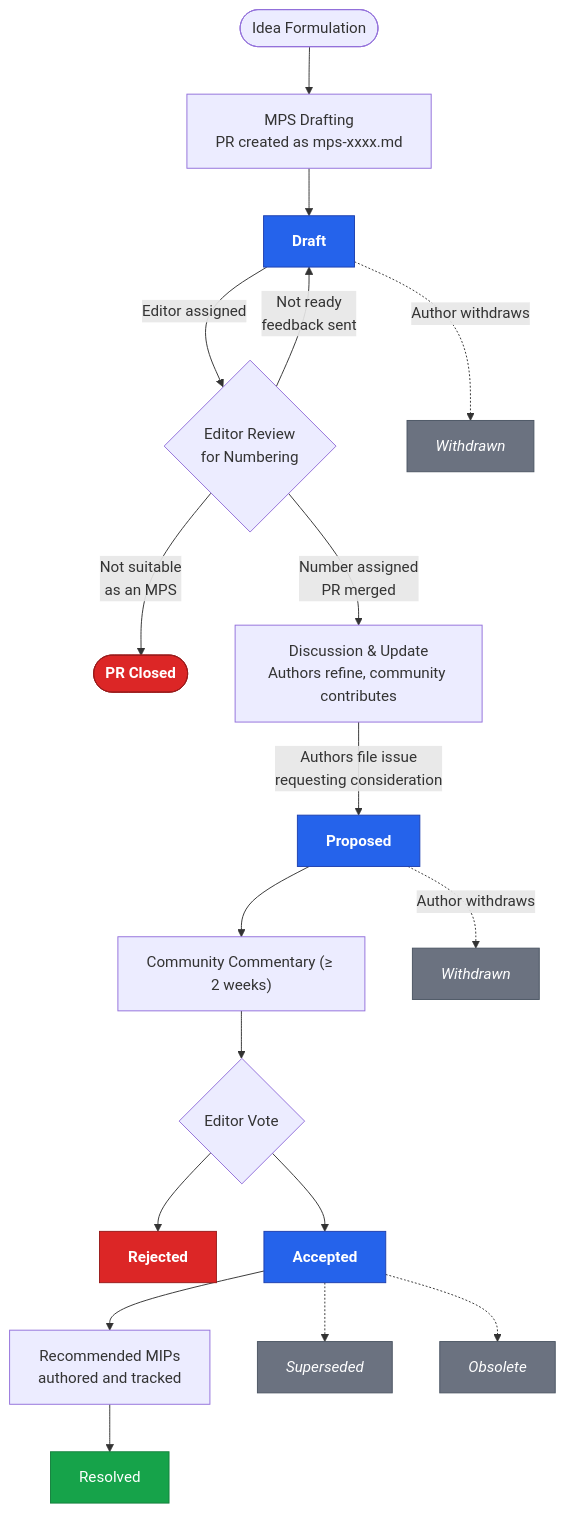
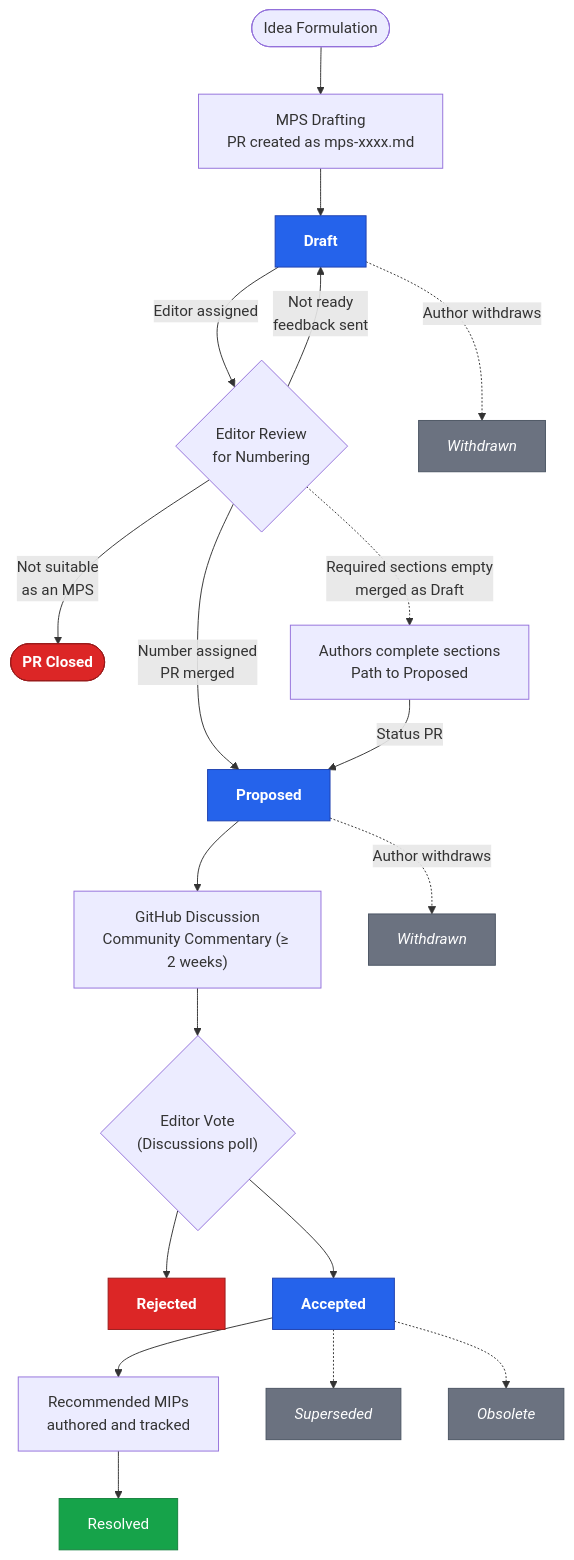
The diagram in mps/mps-0001-mps-process.md (midnightntwrk/midnight-improvement-proposals), drawn with Mermaid before and after one commit. The commit also changed other lines of this file, not shown here.

Commit message:
MPS-0001: align process with practice, set Proposed

````diff
--- a/mps/mps-0001-mps-process.md
+++ b/mps/mps-0001-mps-process.md
@@ -63,37 +63,38 @@
 ```mermaid
 flowchart TD
     %% Process steps
     A([Idea Formulation]) --> B[MPS Drafting<br/>PR created as mps-xxxx.md]
     B --> Draft
 
     %% Status: Draft
     Draft[Draft]:::status -->|Editor assigned| C{Editor Review<br/>for Numbering}
     C -->|Not ready<br/>feedback sent| Draft
     C -->|Not suitable<br/>as an MPS| Closed([PR Closed]):::rejected
-    C -->|Number assigned<br/>PR merged| D[Discussion & Update<br/>Authors refine, community contributes]
-    D -->|Authors file issue<br/>requesting consideration| Proposed
+    C -->|Number assigned<br/>PR merged| Proposed
+    C -.->|Required sections empty<br/>merged as Draft| D[Authors complete sections<br/>Path to Proposed]
+    D -->|Status PR| Proposed
 
     %% Status: Proposed
-    Proposed[Proposed]:::status --> E["Community Commentary (≥ 2 weeks)"]
-    E --> F{Editor Vote}
+    Proposed[Proposed]:::status --> E["GitHub Discussion<br/>Community Commentary (≥ 2 weeks)"]
+    E --> F{"Editor Vote<br/>(Discussions poll)"}
     F --> Rejected[Rejected]:::rejected
     F --> Accepted
 
     %% Status: Accepted
     Accepted[Accepted]:::status --> G[Recommended MIPs<br/>authored and tracked]
 
     %% Status: Resolved
     G --> Resolved[Resolved]:::final
 
     %% Special statuses (exceptional transitions)
     Draft -.->|Author withdraws| Withdrawn1[Withdrawn]:::special
     Proposed -.->|Author withdraws| Withdrawn2[Withdrawn]:::special
     Accepted -.-> Superseded[Superseded]:::special
     Accepted -.-> Obsolete[Obsolete]:::special
 
     %% Styling
     classDef status fill:#2563eb,stroke:#1e40af,color:#fff,font-weight:bold
     classDef rejected fill:#dc2626,stroke:#991b1b,color:#fff,font-weight:bold
     classDef special fill:#6b7280,stroke:#4b5563,color:#fff,font-style:italic
     classDef final fill:#16a34a,stroke:#15803d,color:#fff
 ```
````
